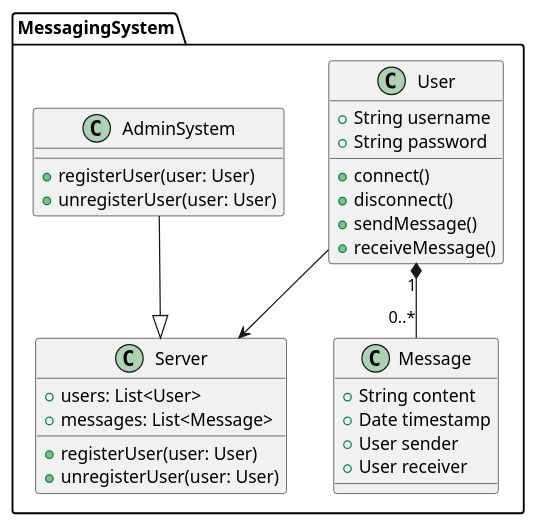
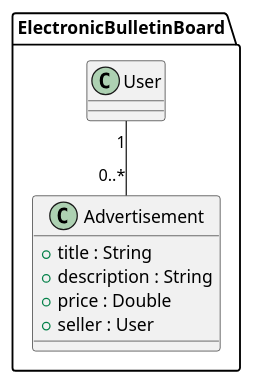
The diagram in Praktika1/classDiagram.puml (Faolan2077/TMP), drawn with PlantUML before and after one commit.

```diff
--- a/Praktika1/classDiagram.puml
+++ b/Praktika1/classDiagram.puml
@@ -1,35 +1,12 @@
 @startuml
-package MessagingSystem {
-    class User {
-        + String username
-        + String password
-        + connect()
-        + disconnect()
-        + sendMessage()
-        + receiveMessage()
-    }
-
-    class Message {
-        + String content
-        + Date timestamp
-        + User sender
-        + User receiver
-    }
-
-    class Server {
-        + users: List<User>
-        + messages: List<Message>
-        + registerUser(user: User)
-        + unregisterUser(user: User)
-    }
-
-    class AdminSystem {
-        + registerUser(user: User)
-        + unregisterUser(user: User)
-    }
-
-    User "1" *-- "0..*" Message
-    User --> Server
-    AdminSystem --|> Server
+package ElectronicBulletinBoard {
+  class User
+  class Advertisement {
+    + title : String
+    + description : String
+    + price : Double
+    + seller : User
+  }
+  User "1" -- "0..*" Advertisement
 }
 @enduml
```
